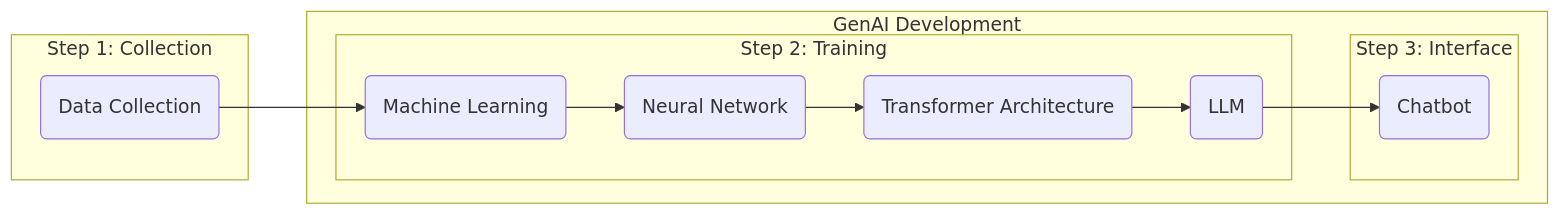
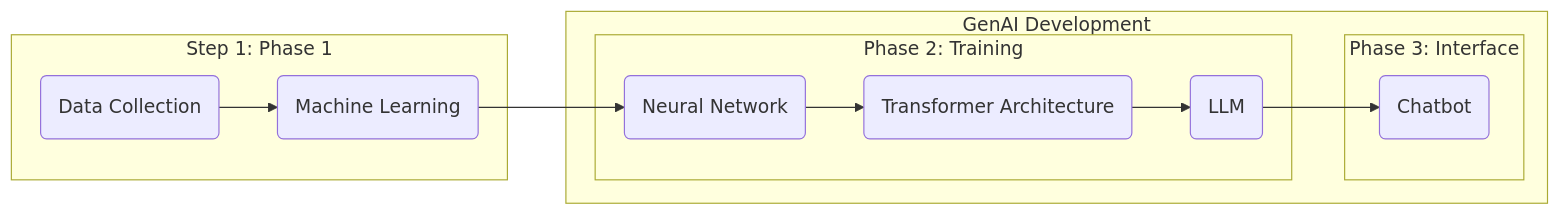
The diagram in ai-copywriting-manual/docs/part1/overview.md (cul24002-ai/ai-copywriting-manual), drawn with Mermaid before and after one commit. The commit also changed other lines of this file, not shown here.

````diff
--- a/ai-copywriting-manual/docs/part1/overview.md
+++ b/ai-copywriting-manual/docs/part1/overview.md
@@ -72,19 +97,18 @@
 ```mermaid
 graph LR
-    subgraph Step 1: Collection
-      A(Data Collection)
+    subgraph Step 1: Phase 1
+      A(Data Collection) --> B(Machine Learning)
     end
     
     subgraph AI["GenAI Development"]
-      A --> B(Machine Learning)
-        subgraph Step 2: Training
+        subgraph Phase 2: Training
             B --> C(Neural Network)
             C --> D(Transformer Architecture)
             D --> E(LLM)
         end
         
-        subgraph Step 3: Interface
+        subgraph Phase 3: Interface
             E --> F(Chatbot)
         end
     end
 ```
````
